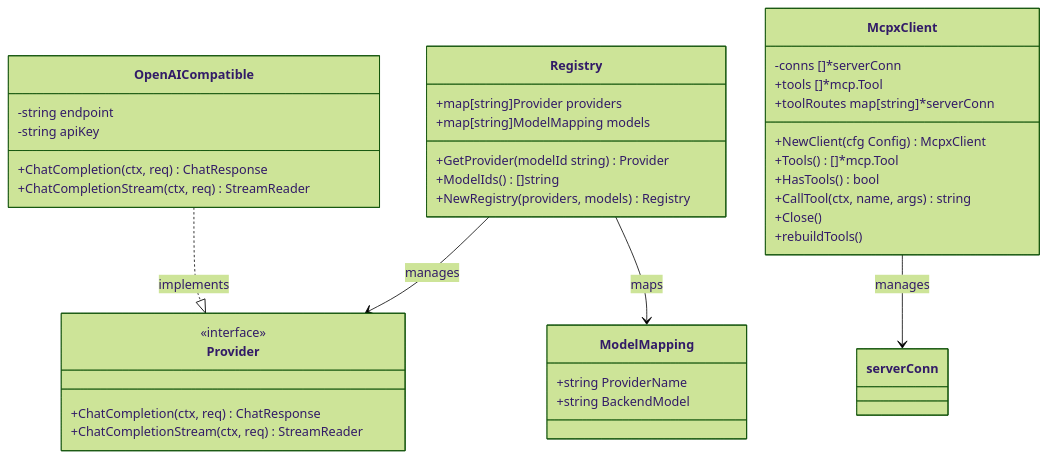
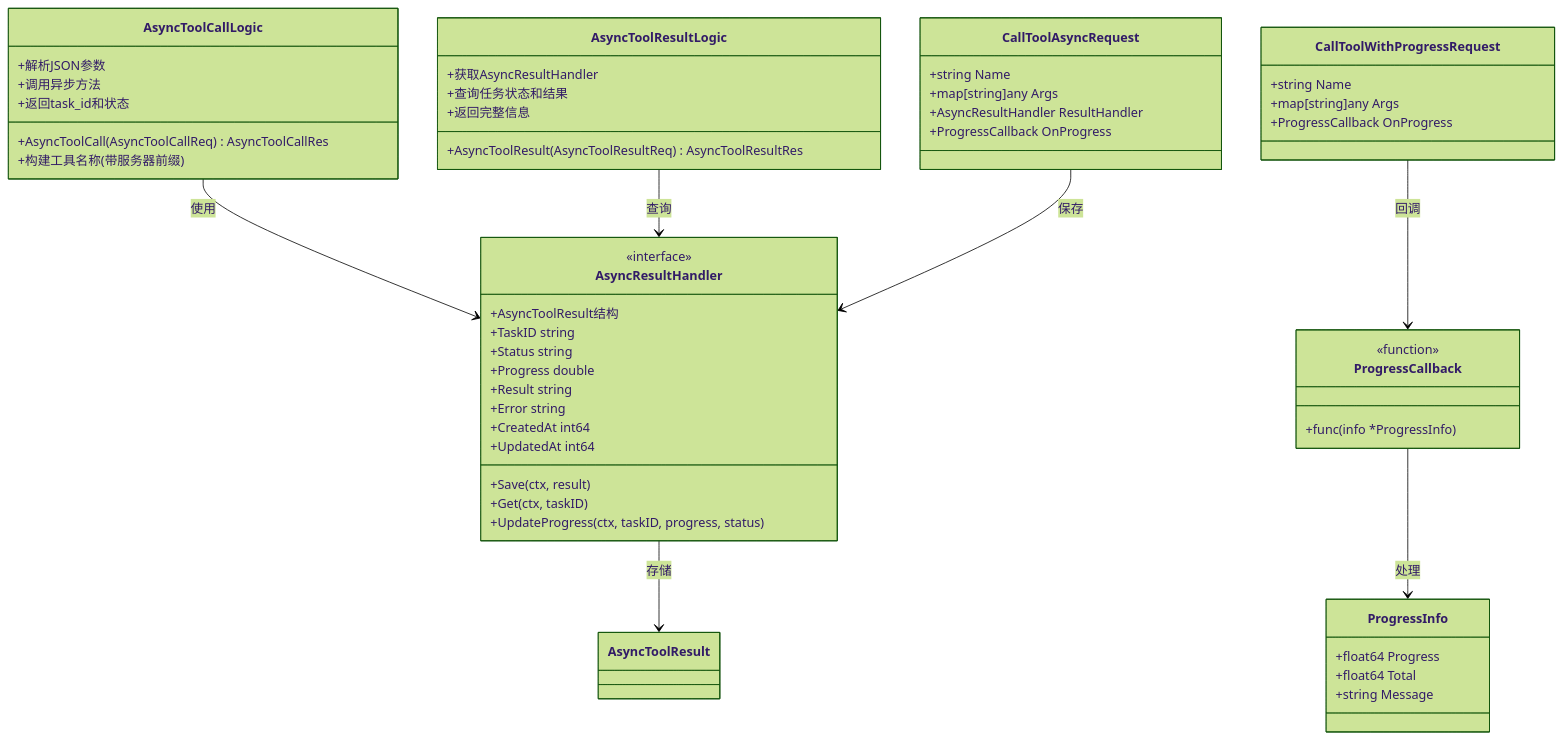
The fourth of 10 diagrams in .qoder/repowiki/zh/content/核心服务详解/AI聊天服务.md (maomao94/zero-service), drawn with Mermaid (forest theme) before and after one commit. The commit also changed other lines of this file and 42 other files, not shown here.

Commit message:
feat(mcpx): mcp 支持异步调用，大模型异步 todo

````diff
--- a/.qoder/repowiki/zh/content/核心服务详解/AI聊天服务.md
+++ b/.qoder/repowiki/zh/content/核心服务详解/AI聊天服务.md
@@ -471,40 +466,56 @@
 ```mermaid
 classDiagram
-class Registry {
-+map[string]Provider providers
-+map[string]ModelMapping models
-+GetProvider(modelId string) Provider
-+ModelIds() []string
-+NewRegistry(providers, models) Registry
+class AsyncToolCallLogic {
++AsyncToolCall(AsyncToolCallReq) AsyncToolCallRes
++解析JSON参数
++构建工具名称(带服务器前缀)
++调用异步方法
++返回task_id和状态
 }
-class Provider {
+class AsyncToolResultLogic {
++AsyncToolResult(AsyncToolResultReq) AsyncToolResultRes
++获取AsyncResultHandler
++查询任务状态和结果
++返回完整信息
+}
+class AsyncResultHandler {
 <<interface>>
-+ChatCompletion(ctx, req) ChatResponse
-+ChatCompletionStream(ctx, req) StreamReader
++Save(ctx, result)
++Get(ctx, taskID)
++UpdateProgress(ctx, taskID, progress, status)
++AsyncToolResult结构
++TaskID string
++Status string
++Progress double
++Result string
++Error string
++CreatedAt int64
++UpdatedAt int64
 }
-class OpenAICompatible {
--string endpoint
--string apiKey
-+ChatCompletion(ctx, req) ChatResponse
-+ChatCompletionStream(ctx, req) StreamReader
+class CallToolAsyncRequest {
++string Name
++map[string]any Args
++AsyncResultHandler ResultHandler
++ProgressCallback OnProgress
 }
-class ModelMapping {
-+string ProviderName
-+string BackendModel
+class CallToolWithProgressRequest {
++string Name
++map[string]any Args
++ProgressCallback OnProgress
 }
-class McpxClient {
--conns []*serverConn
-+tools []*mcp.Tool
-+toolRoutes map[string]*serverConn
-+NewClient(cfg Config) McpxClient
-+Tools() []*mcp.Tool
-+HasTools() bool
-+CallTool(ctx, name, args) string
-+Close()
-+rebuildTools()
+class ProgressCallback {
+<<function>>
++func(info *ProgressInfo)
 }
-Registry --> Provider : manages
-Registry --> ModelMapping : maps
-OpenAICompatible ..|> Provider : implements
-McpxClient --> serverConn : manages
+class ProgressInfo {
++float64 Progress
++float64 Total
++string Message
+}
+AsyncToolCallLogic --> AsyncResultHandler : 使用
+AsyncToolResultLogic --> AsyncResultHandler : 查询
+AsyncResultHandler --> AsyncToolResult : 存储
+CallToolAsyncRequest --> AsyncResultHandler : 保存
+CallToolWithProgressRequest --> ProgressCallback : 回调
+ProgressCallback --> ProgressInfo : 处理
 ```
````
